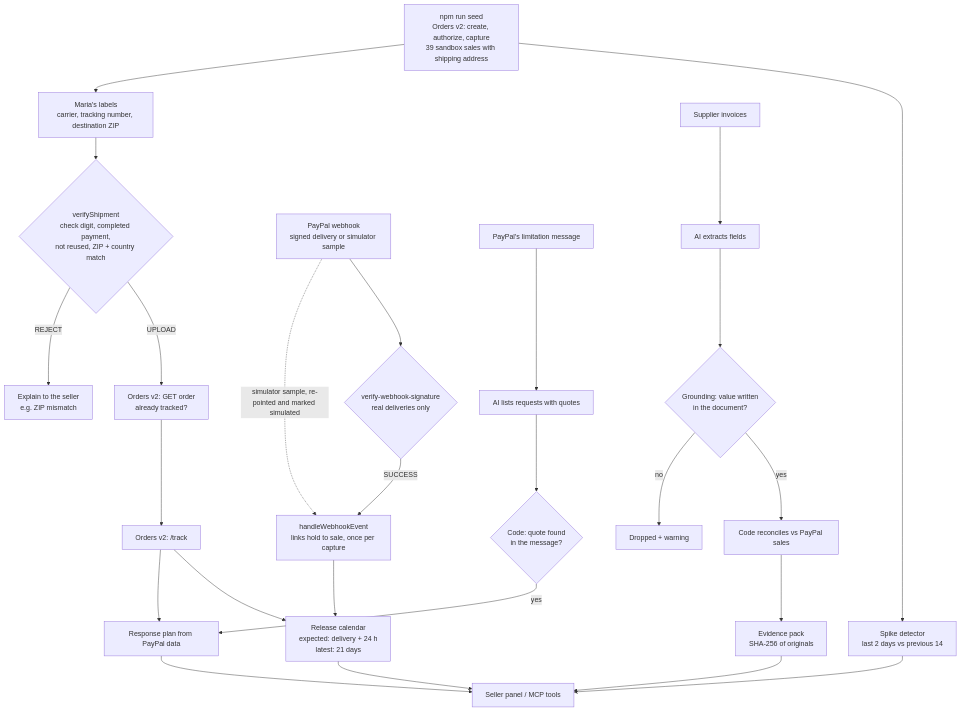
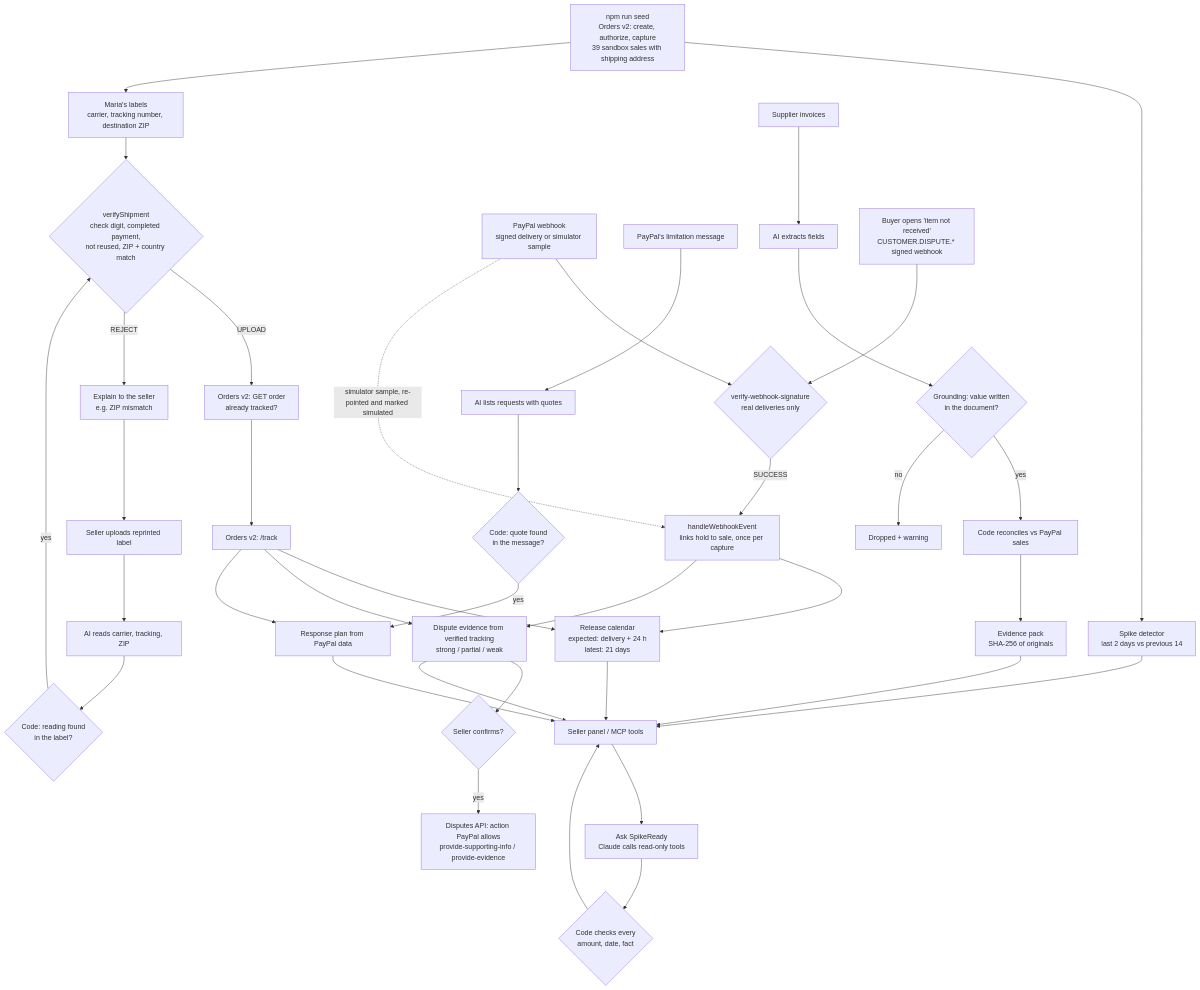
One commit to rosvjames/spikeready changed the diagram in docs/architecture.md. Above: the diagram before and after it, drawn with Mermaid. The commit also changed other lines of this file and 21 other files, not shown here.

First line of the commit message:
Reprinted label read by AI is now the primary fix in the panel; shared upload path for label and ZIP fixes; docs resolved against the shipped UI

````diff
--- a/docs/architecture.md
+++ b/docs/architecture.md
@@ -32,23 +34,33 @@
 ```mermaid
 flowchart TD
   A[npm run seed<br/>Orders v2: create, authorize, capture<br/>39 sandbox sales with shipping address] --> B[Spike detector<br/>last 2 days vs previous 14]
   A --> C[Maria's labels<br/>carrier, tracking number, destination ZIP]
   C --> D{verifyShipment<br/>check digit, completed payment,<br/>not reused, ZIP + country match}
   D -- UPLOAD --> E[Orders v2: GET order<br/>already tracked?] --> F[Orders v2: /track]
   D -- REJECT --> G[Explain to the seller<br/>e.g. ZIP mismatch]
+  G --> LB[Seller uploads reprinted label] --> LR[AI reads carrier, tracking, ZIP] --> LC{Code: reading found<br/>in the label?}
+  LC -- yes --> D
   H[PayPal webhook<br/>signed delivery or simulator sample] --> V{verify-webhook-signature<br/>real deliveries only}
   V -- SUCCESS --> J[handleWebhookEvent<br/>links hold to sale, once per capture]
   H -. simulator sample, re-pointed and marked simulated .-> J
   J --> K[Release calendar<br/>expected: delivery + 24 h<br/>latest: 21 days]
   F --> K
   N[PayPal's limitation message] --> O[AI lists requests with quotes] --> P{Code: quote found<br/>in the message?}
   P -- yes --> Q[Response plan from PayPal data]
   R[Supplier invoices] --> S[AI extracts fields] --> T{Grounding: value written<br/>in the document?}
   T -- yes --> U[Code reconciles vs PayPal sales] --> W[Evidence pack<br/>SHA-256 of originals]
   T -- no --> X[Dropped + warning]
+  DS[Buyer opens 'item not received'<br/>CUSTOMER.DISPUTE.* signed webhook] --> V
+  J --> DE[Dispute evidence from verified tracking<br/>strong / partial / weak]
+  F --> DE
+  DE --> DC{Seller confirms?}
+  DC -- yes --> DP[Disputes API: action PayPal allows<br/>provide-supporting-info / provide-evidence]
   B --> L[Seller panel / MCP tools]
   K --> L
   Q --> L
   W --> L
   F --> Q
+  DE --> L
+  L --> AS[Ask SpikeReady<br/>Claude calls read-only tools] --> AC{Code checks every<br/>amount, date, fact}
+  AC --> L
 ```
````
